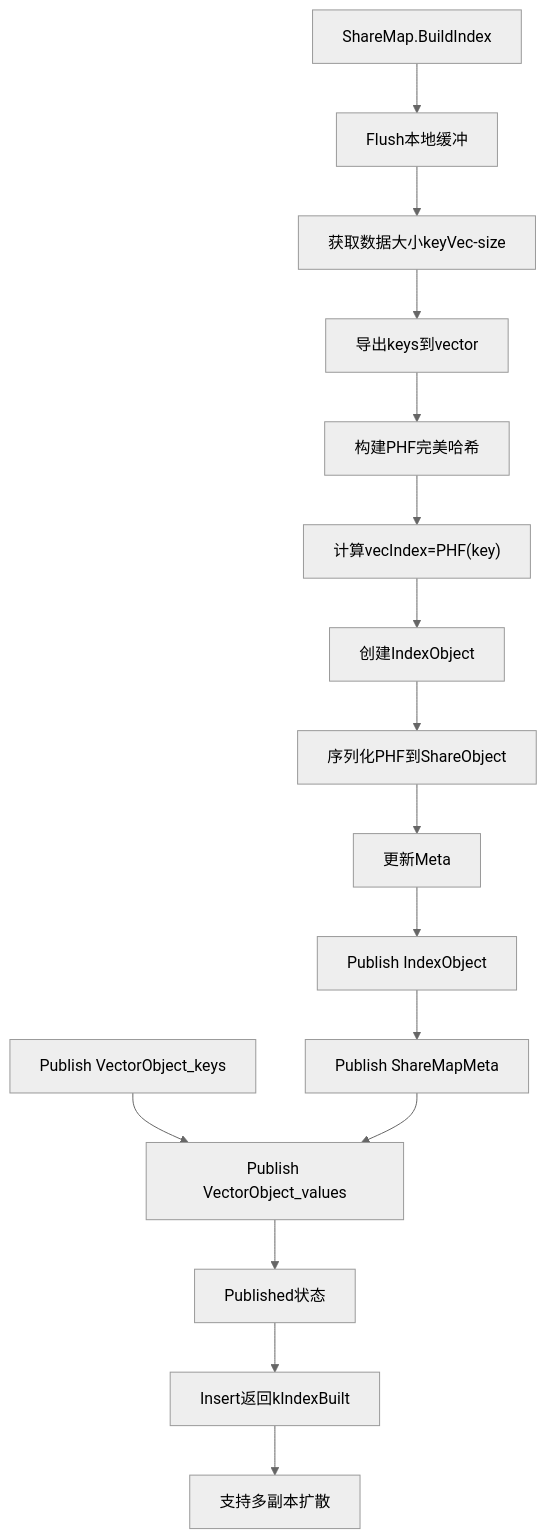
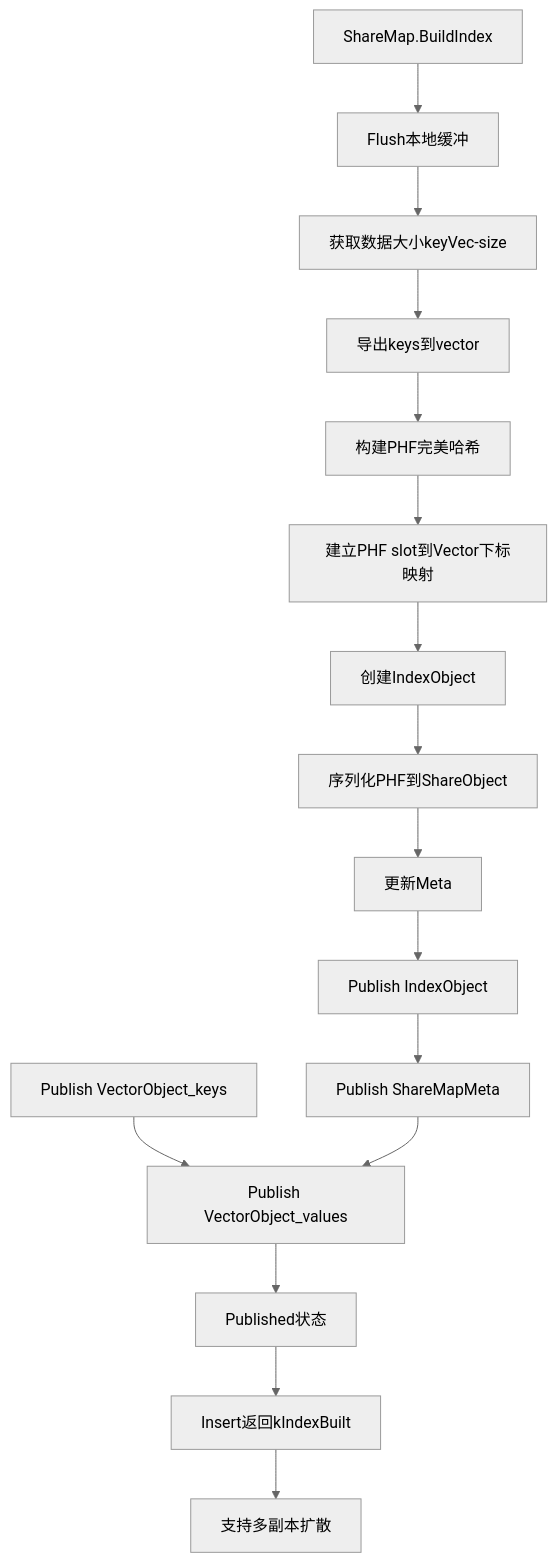
One commit to LinQuickDev/Mooncake changed diagram 19 of 22 in docs/source/embtable/mooncake_embtable_sharding_design.md. Above: the diagram before and after it, drawn with Mermaid (neutral theme). The commit also changed 3 other files, not shown here.

````diff
--- a/docs/source/embtable/mooncake_embtable_sharding_design.md
+++ b/docs/source/embtable/mooncake_embtable_sharding_design.md
@@ -1622,18 +1622,18 @@
 ```mermaid
 flowchart TD
     A["ShareMap.BuildIndex"] --> B["Flush本地缓冲"]
     B --> C["获取数据大小keyVec-size"]
     C --> D["导出keys到vector"]
     D --> E["构建PHF完美哈希"]
-    E --> F["计算vecIndex=PHF(key)"]
+    E --> F["建立PHF slot到Vector下标映射"]
     F --> G["创建IndexObject"]
     G --> H["序列化PHF到ShareObject"]
     H --> I["更新Meta"]
     I --> J["Publish IndexObject"]
     J --> K["Publish ShareMapMeta"]
     L["Publish VectorObject_keys"] --> M["Publish VectorObject_values"]
     K --> M
     M --> N["Published状态"]
     N --> O["Insert返回kIndexBuilt"]
     O --> P["支持多副本扩散"]
 ```
````
